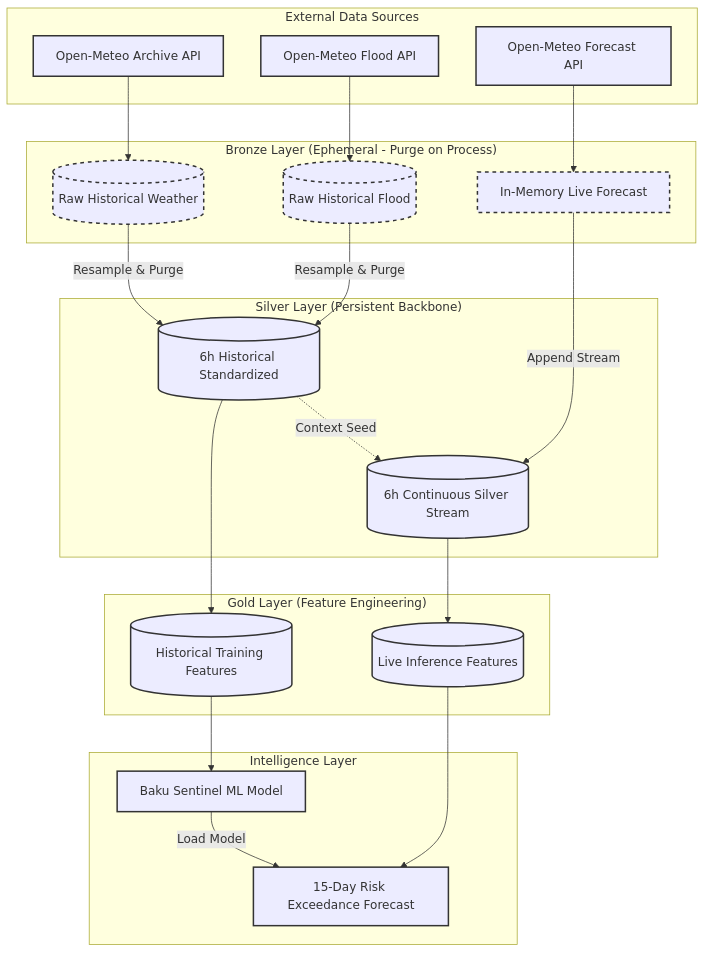
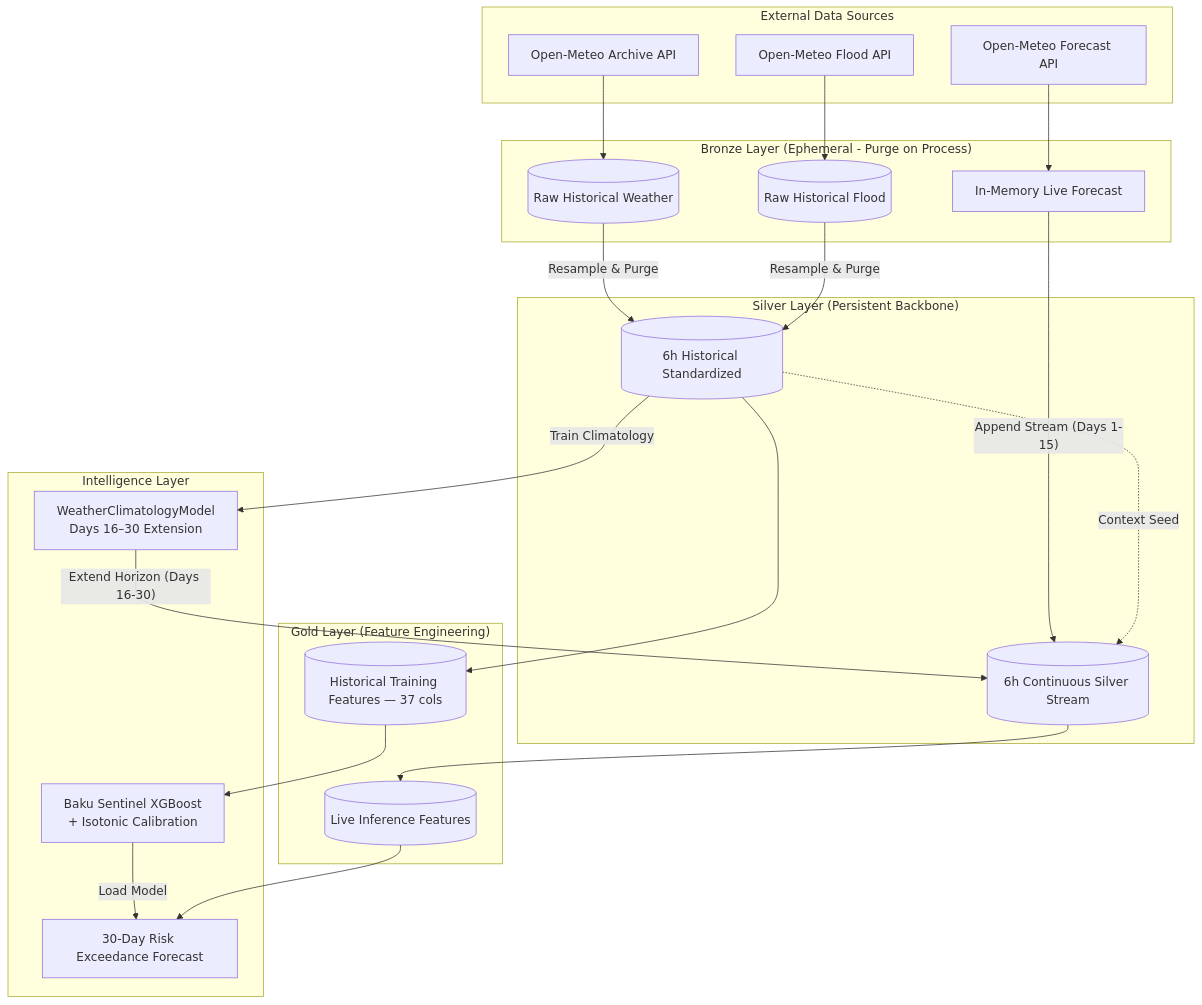
The diagram in README.md (AliAgabalayev/Baku-Sentinel-Advanced-Flash-Flood-Forecasting-System), drawn with Mermaid before and after one commit. The commit also changed other lines of this file and 7 other files, not shown here.

First line of the commit message:
feat: overhaul model pipeline to XGBoost + isotonic calibration with leakage fixes

````diff
--- a/README.md
+++ b/README.md
@@ -183,58 +201,45 @@
 ```mermaid
 graph TD
     subgraph "External Data Sources"
         S1[Open-Meteo Archive API]
         S2[Open-Meteo Flood API]
         S3[Open-Meteo Forecast API]
     end
 
     subgraph "Bronze Layer (Ephemeral - Purge on Process)"
         B1[(Raw Historical Weather)]
         B2[(Raw Historical Flood)]
         B3[In-Memory Live Forecast]
     end
 
     subgraph "Silver Layer (Persistent Backbone)"
         F1[(6h Historical Standardized)]
         F2[(6h Continuous Silver Stream)]
     end
 
     subgraph "Gold Layer (Feature Engineering)"
-        G1[(Historical Training Features)]
+        G1[(Historical Training Features — 37 cols)]
         G2[(Live Inference Features)]
     end
 
     subgraph "Intelligence Layer"
-        M1[Baku Sentinel ML Model]
-        M2[15-Day Risk Exceedance Forecast]
+        C1[WeatherClimatologyModel\nDays 16–30 Extension]
+        M1[Baku Sentinel XGBoost\n+ Isotonic Calibration]
+        M2[30-Day Risk Exceedance Forecast]
     end
 
-    %% Historical Flow
     S1 --> B1
     S2 --> B2
     B1 & B2 -- "Resample & Purge" --> F1
     F1 --> G1
     G1 --> M1
 
-    %% Live Production Flow
     S3 --> B3
+    F1 -- "Train Climatology" --> C1
+    B3 -- "Append Stream (Days 1-15)" --> F2
+    C1 -- "Extend Horizon (Days 16-30)" --> F2
     F1 -. "Context Seed" .-> F2
-    B3 -- "Append Stream" --> F2
     F2 --> G2
     M1 -- "Load Model" --> M2
     G2 --> M2
-
-    %% Styling (Unified Professional Theme)
-    style S1 fill:#ff7ff,stroke:#333,stroke-width:2px
-    style S2 fill:#ff7ff,stroke:#333,stroke-width:2px
-    style S3 fill:#ff7ff,stroke:#333,stroke-width:2px
-    style B1 fill:#ff7ff,stroke:#333,stroke-width:2px,stroke-dasharray: 5 5
-    style B2 fill:#ff7ff,stroke:#333,stroke-width:2px,stroke-dasharray: 5 5
-    style B3 fill:#ff7ff,stroke:#333,stroke-width:2px,stroke-dasharray: 5 5
-    style F1 fill:#ff7ff,stroke:#333,stroke-width:2px
-    style F2 fill:#ff7ff,stroke:#333,stroke-width:2px
-    style G1 fill:#ff7ff,stroke:#333,stroke-width:2px
-    style G2 fill:#ff7ff,stroke:#333,stroke-width:2px
-    style M1 fill:#ff7ff,stroke:#333,stroke-width:2px
-    style M2 fill:#ff7ff,stroke:#333,stroke-width:2px
 ```
````
